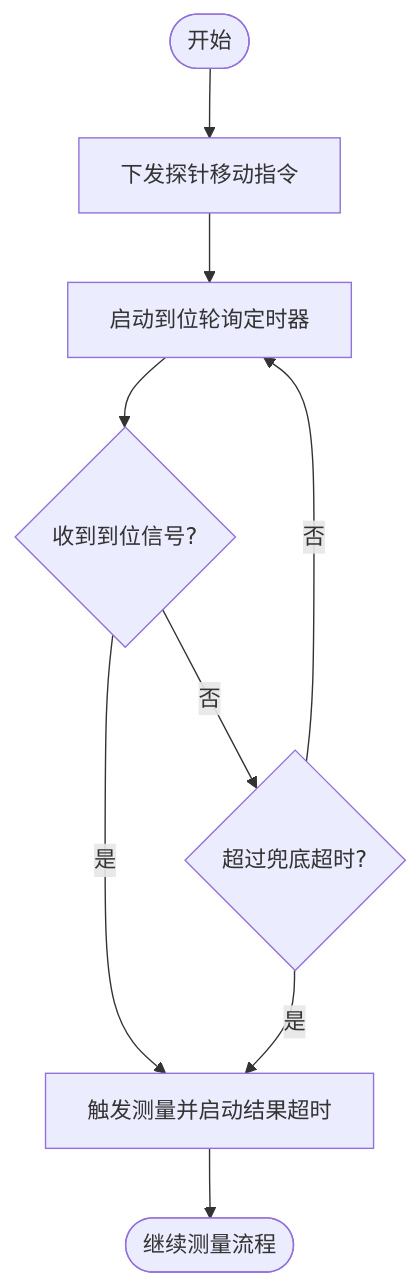
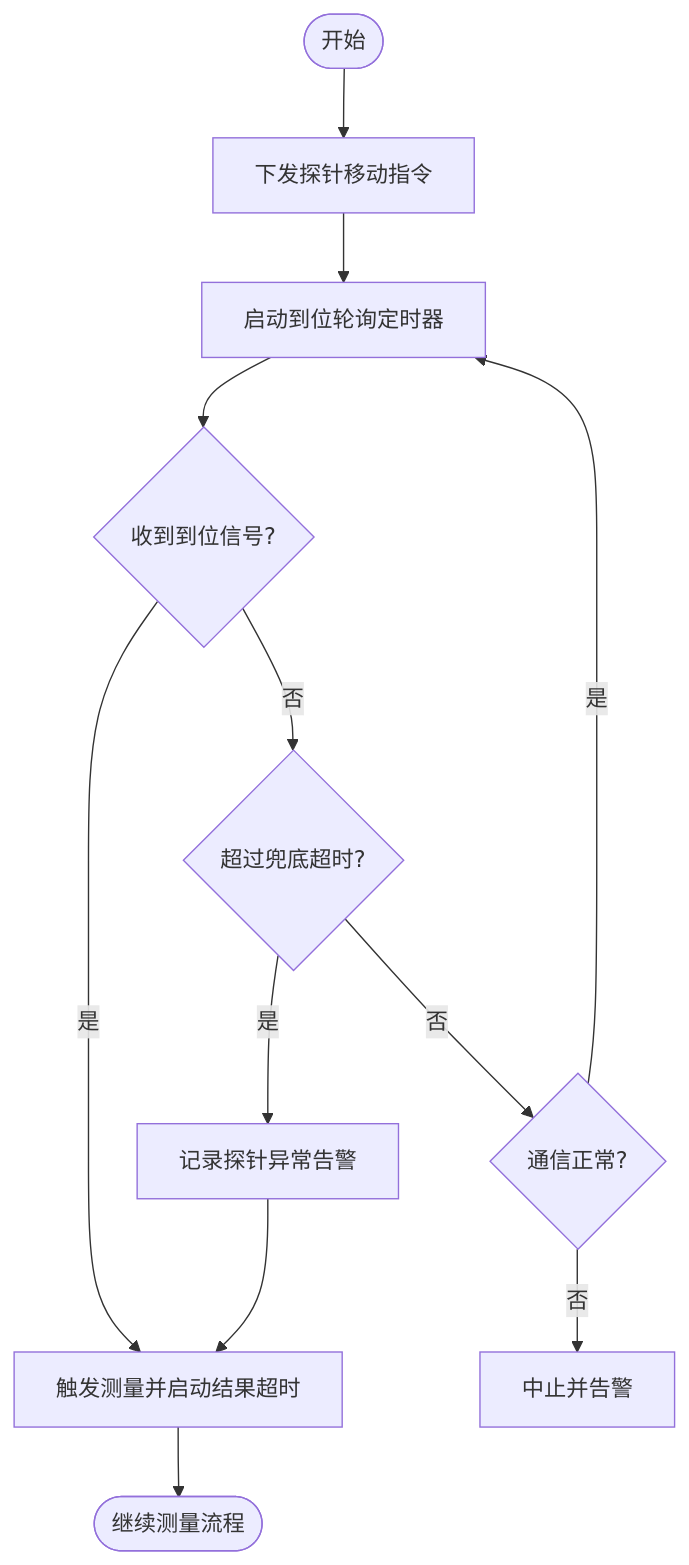
The third of 6 diagrams in .qoder/repowiki/zh/content/用户手册/检测工作流程/检测执行阶段/检测执行阶段.md (yangreest/Zero-value-Insulator-Robot-V2), drawn with Mermaid before and after one commit. The commit also changed other lines of this file and 22 other files, not shown here.

````diff
--- a/.qoder/repowiki/zh/content/用户手册/检测工作流程/检测执行阶段/检测执行阶段.md
+++ b/.qoder/repowiki/zh/content/用户手册/检测工作流程/检测执行阶段/检测执行阶段.md
@@ -116,11 +124,14 @@
 ```mermaid
 flowchart TD
 Start(["开始"]) --> Move["下发探针移动指令"]
 Move --> Poll["启动到位轮询定时器"]
 Poll --> Check{"收到到位信号?"}
 Check --> |是| Arm["触发测量并启动结果超时"]
 Check --> |否| Timeout{"超过兜底超时?"}
-Timeout --> |是| Arm
-Timeout --> |否| Poll
+Timeout --> |是| Alarm["记录探针异常告警"]
+Alarm --> Arm
+Timeout --> |否| ConnCheck{"通信正常?"}
+ConnCheck --> |否| Abort["中止并告警"]
+ConnCheck --> |是| Poll
 Arm --> End(["继续测量流程"])
 ```
````
